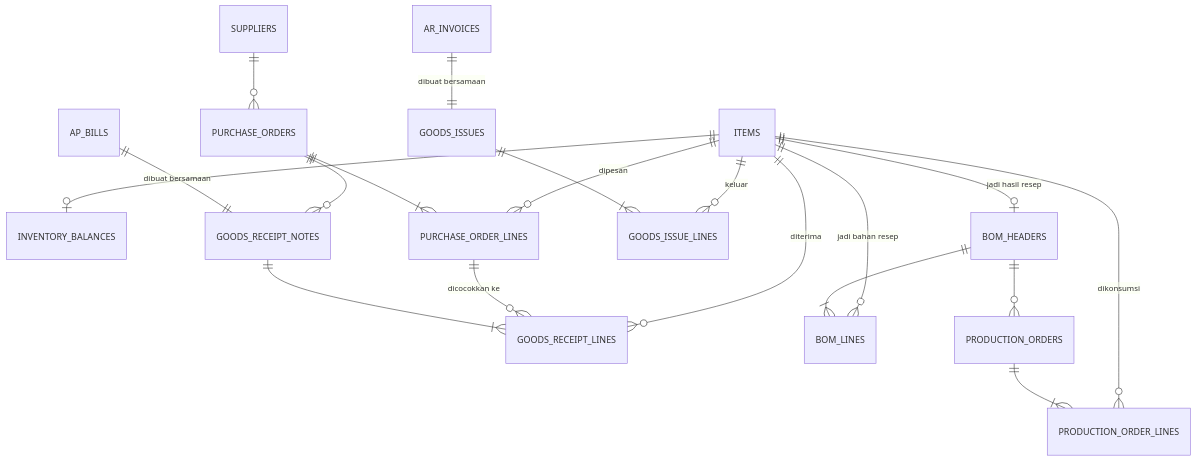
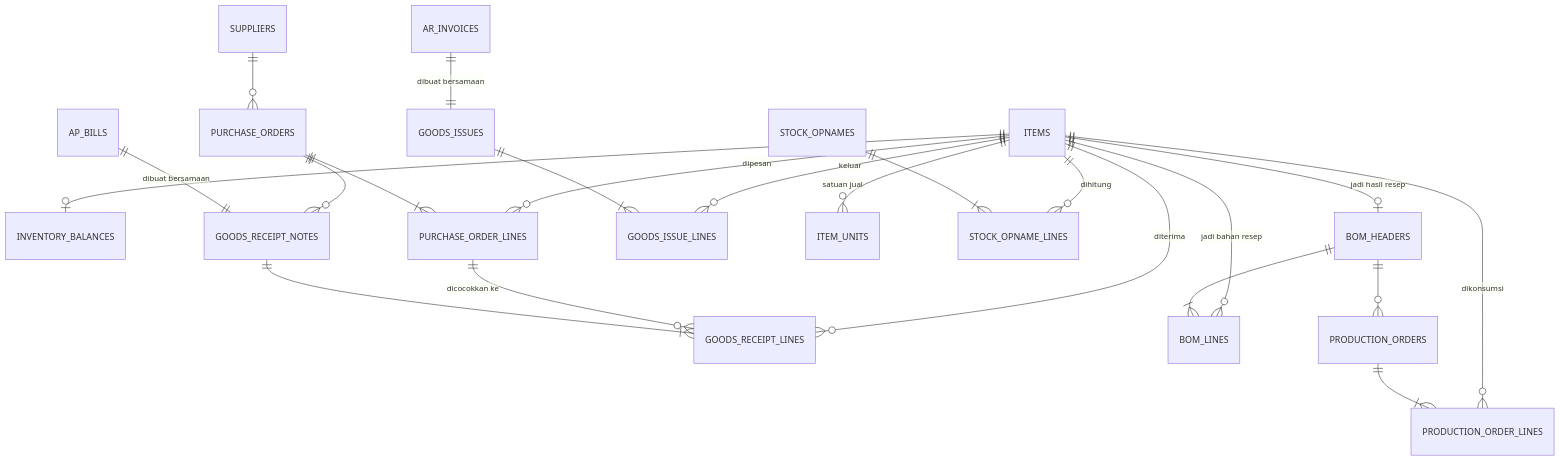
The diagram in docs/architecture/inventory-schema.md (coretifyauth/Marinda-Galery-Plastik), drawn with Mermaid before and after one commit. The commit also changed other lines of this file and 37 other files, not shown here.

````diff
--- a/docs/architecture/inventory-schema.md
+++ b/docs/architecture/inventory-schema.md
@@ -9,26 +9,30 @@
 ```mermaid
 erDiagram
   ITEMS ||--o| INVENTORY_BALANCES : ""
   ITEMS ||--o{ PURCHASE_ORDER_LINES : dipesan
   ITEMS ||--o{ GOODS_RECEIPT_LINES : diterima
   ITEMS ||--o{ BOM_LINES : "jadi bahan resep"
   ITEMS ||--o| BOM_HEADERS : "jadi hasil resep"
   ITEMS ||--o{ PRODUCTION_ORDER_LINES : dikonsumsi
   ITEMS ||--o{ GOODS_ISSUE_LINES : keluar
+  ITEMS ||--o{ ITEM_UNITS : "satuan jual"
+  ITEMS ||--o{ STOCK_OPNAME_LINES : dihitung
+
+  STOCK_OPNAMES ||--|{ STOCK_OPNAME_LINES : ""
 
   SUPPLIERS ||--o{ PURCHASE_ORDERS : ""
 
   PURCHASE_ORDERS ||--|{ PURCHASE_ORDER_LINES : ""
   PURCHASE_ORDERS ||--o{ GOODS_RECEIPT_NOTES : ""
   PURCHASE_ORDER_LINES ||--o{ GOODS_RECEIPT_LINES : "dicocokkan ke"
 
   AP_BILLS ||--|| GOODS_RECEIPT_NOTES : "dibuat bersamaan"
   GOODS_RECEIPT_NOTES ||--|{ GOODS_RECEIPT_LINES : ""
 
   BOM_HEADERS ||--|{ BOM_LINES : ""
   BOM_HEADERS ||--o{ PRODUCTION_ORDERS : ""
   PRODUCTION_ORDERS ||--|{ PRODUCTION_ORDER_LINES : ""
 
   AR_INVOICES ||--|| GOODS_ISSUES : "dibuat bersamaan"
   GOODS_ISSUES ||--|{ GOODS_ISSUE_LINES : ""
 ```
````
